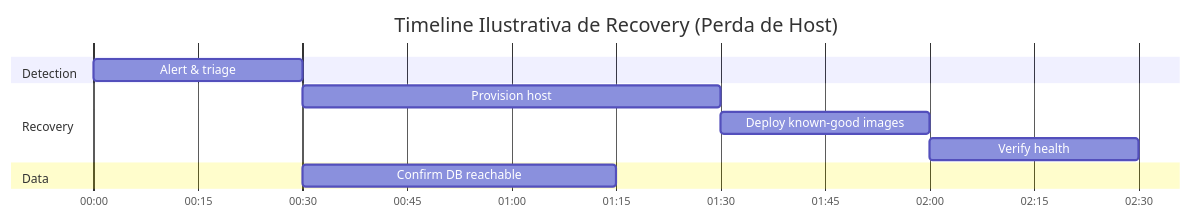
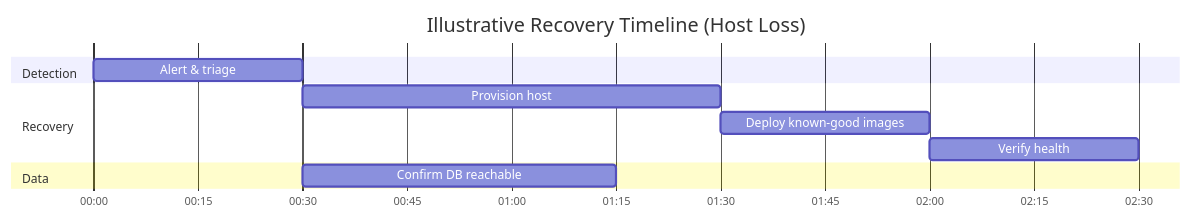
One commit to alissonf216/licitech-architecture-showcase changed the third of 3 diagrams in docs/DISASTER_RECOVERY.md. Above: the diagram before and after it, drawn with Mermaid. The commit also changed other lines of this file and 36 other files, not shown here.

First line of the commit message:
Add Licitech architecture portfolio (EN + PT-BR)

````diff
--- a/docs/DISASTER_RECOVERY.md
+++ b/docs/DISASTER_RECOVERY.md
@@ -132,14 +132,14 @@
 ```mermaid
 gantt
-    title Timeline Ilustrativa de Recovery (Perda de Host)
+    title Illustrative Recovery Timeline (Host Loss)
     dateFormat HH:mm
     axisFormat %H:%M
     section Detection
     Alert & triage           :a1, 00:00, 30m
     section Recovery
     Provision host           :a2, after a1, 60m
     Deploy known-good images :a3, after a2, 30m
     Verify health            :a4, after a3, 30m
     section Data
     Confirm DB reachable     :a5, after a1, 45m
 ```
````
